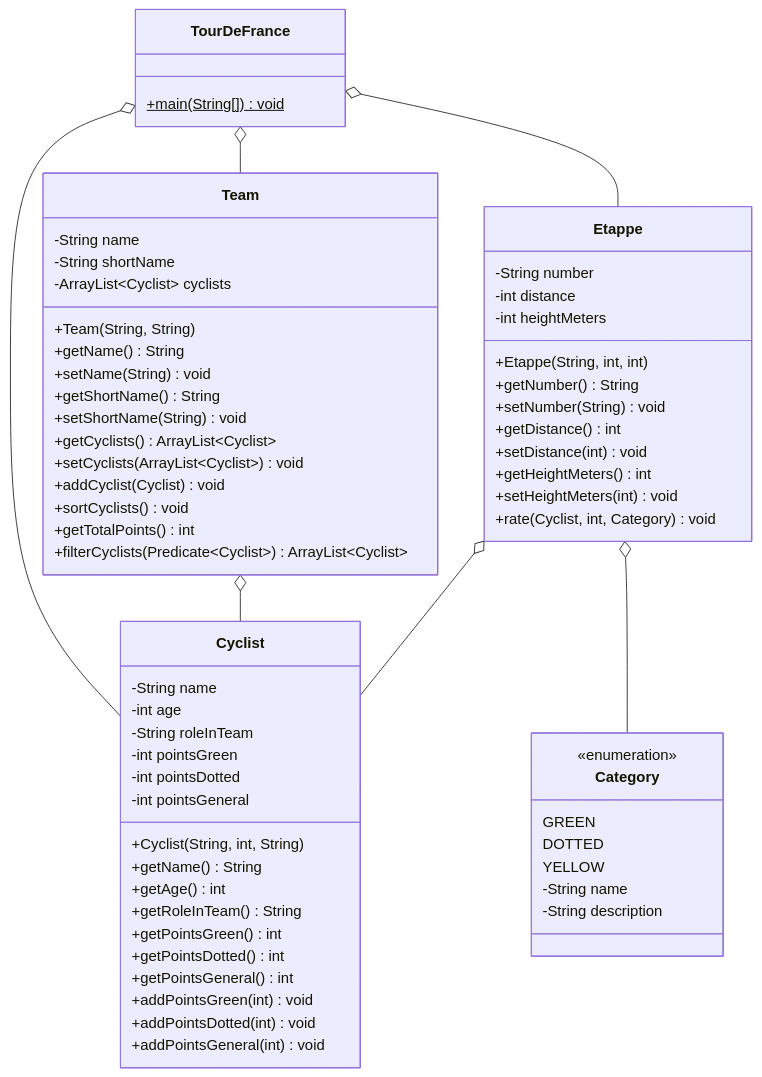
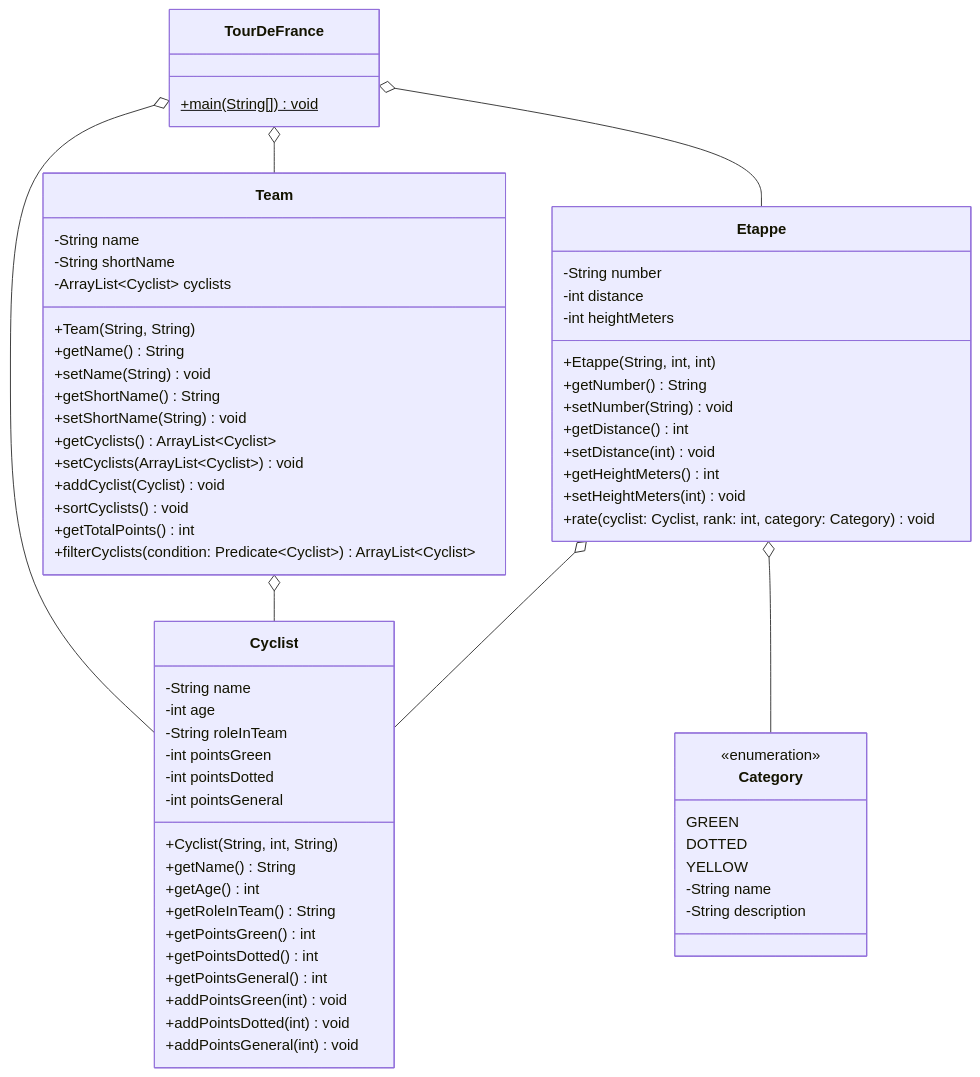
Before and after one commit to JSiggelkow/Tutorium-WWIBE225: the diagram in prog2/tut2/aufgabe1/Aufgabe1.md, drawn with Mermaid.

````diff
--- a/prog2/tut2/aufgabe1/Aufgabe1.md
+++ b/prog2/tut2/aufgabe1/Aufgabe1.md
@@ -35,72 +35,72 @@
 ```mermaid
 classDiagram
     class TourDeFrance {
         +main(String[])$ void
     }
 
     class Cyclist {
         -String name
         -int age
         -String roleInTeam
         -int pointsGreen
         -int pointsDotted
         -int pointsGeneral
         +Cyclist(String, int, String)
         +getName() String
         +getAge() int
         +getRoleInTeam() String
         +getPointsGreen() int
         +getPointsDotted() int
         +getPointsGeneral() int
         +addPointsGreen(int) void
         +addPointsDotted(int) void
         +addPointsGeneral(int) void
     }
 
     class Team {
         -String name
         -String shortName
         -ArrayList~Cyclist~ cyclists
         +Team(String, String)
         +getName() String
         +setName(String) void
         +getShortName() String
         +setShortName(String) void
         +getCyclists() ArrayList~Cyclist~
         +setCyclists(ArrayList~Cyclist~) void
         +addCyclist(Cyclist) void
         +sortCyclists() void
         +getTotalPoints() int
-        +filterCyclists(Predicate~Cyclist~) ArrayList~Cyclist~
+        +filterCyclists(condition: Predicate~Cyclist~) ArrayList~Cyclist~
     }
 
     class Etappe {
         -String number
         -int distance
         -int heightMeters
         +Etappe(String, int, int)
         +getNumber() String
         +setNumber(String) void
         +getDistance() int
         +setDistance(int) void
         +getHeightMeters() int
         +setHeightMeters(int) void
-        +rate(Cyclist, int, Category) void
+        +rate(cyclist: Cyclist, rank: int, category: Category) void
     }
 
     class Category {
         <<enumeration>>
         GREEN
         DOTTED
         YELLOW
         -String name
         -String description
     }
 
     TourDeFrance o-- Cyclist
     TourDeFrance o-- Team
     TourDeFrance o-- Etappe
     Team o-- Cyclist
     Etappe o-- Cyclist
     Etappe o-- Category
 ```
````
